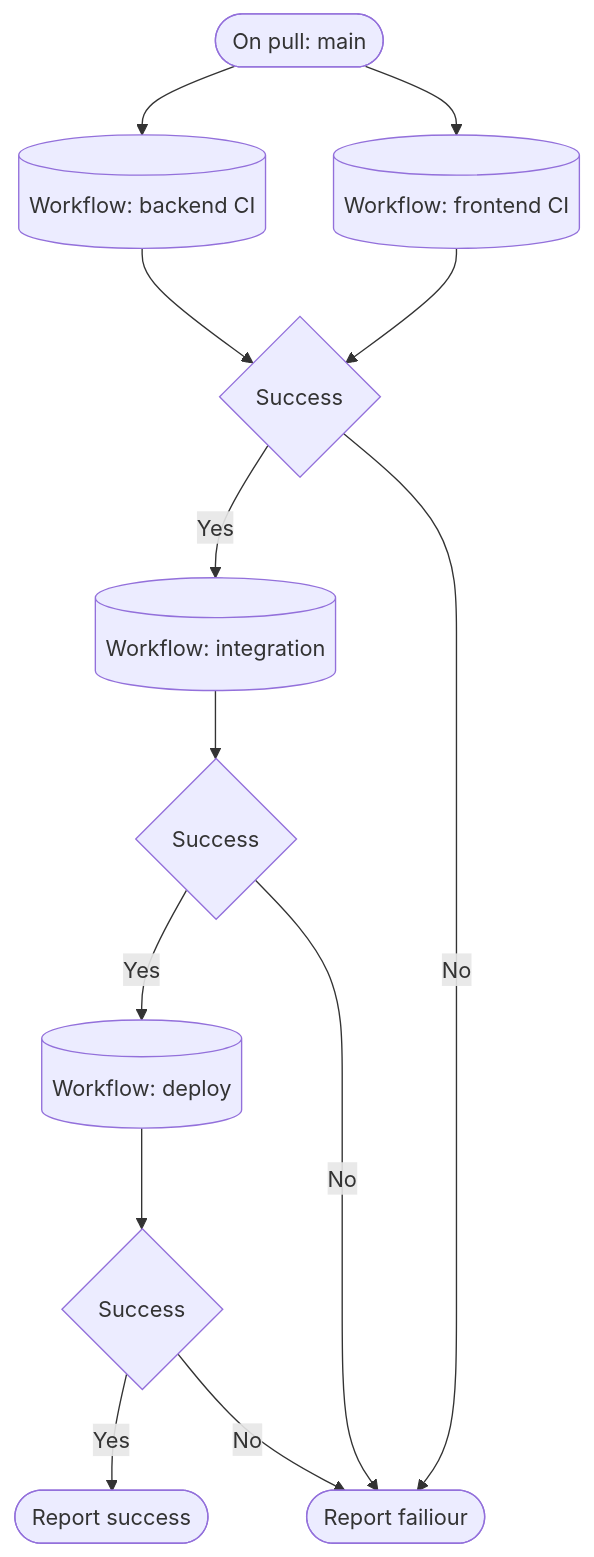
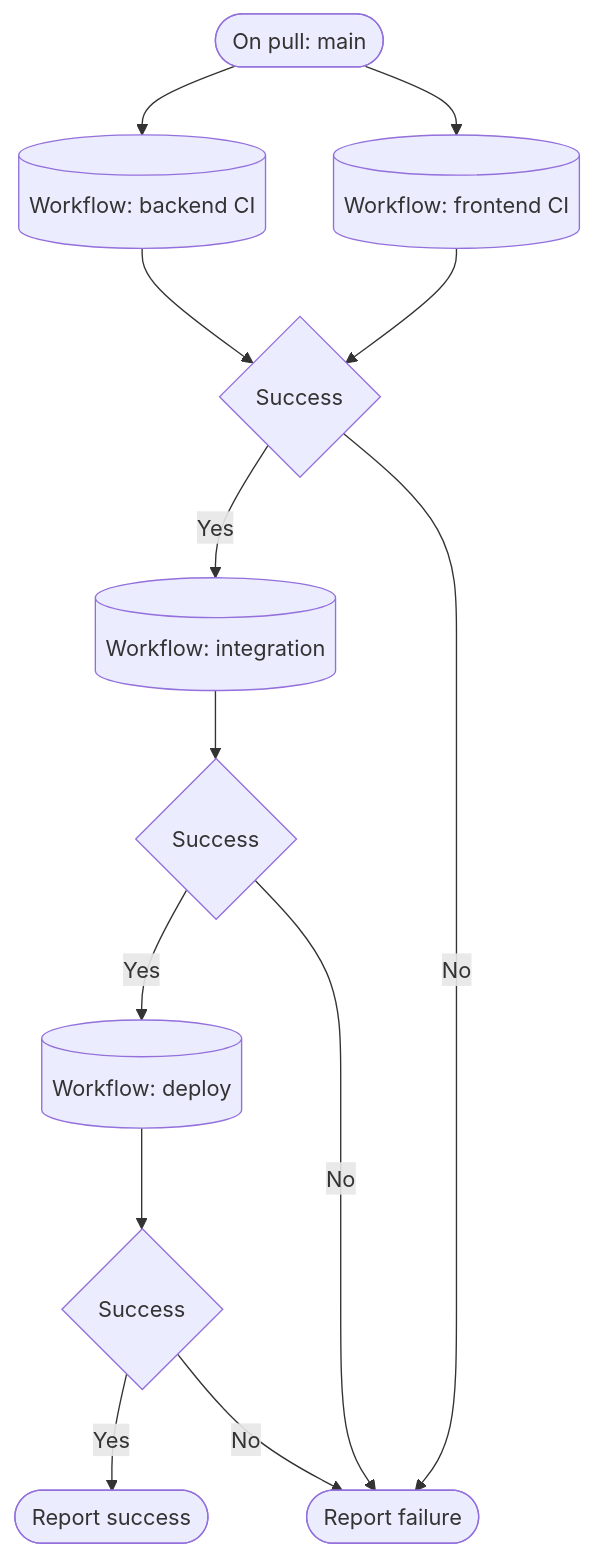
Before and after one commit to COS301-SE-2026/Tyto-PhishShield: the fifth of 5 diagrams in docs/SRS/Software-Architecture-Specification.md, drawn with Mermaid. The commit also changed other lines of this file, not shown here.

````diff
--- a/docs/SRS/Software-Architecture-Specification.md
+++ b/docs/SRS/Software-Architecture-Specification.md
@@ -220,15 +220,15 @@
 ```mermaid
 flowchart TD
     A([On pull: main]) --> B[(Workflow: backend CI)]
     A --> C[(Workflow: frontend CI)]
     C --> D
     B --> D{Success}
     D --> |Yes| E[(Workflow: integration)]
-    D --> |No| H([Report failiour])
+    D --> |No| H([Report failure])
     E --> F{Success}
     F --> |Yes| G[(Workflow: deploy)]
 	G --> I{Success}
 	I --> |Yes| J([Report success])
 	I --> |No| H
     F --> |No| H
 ```
````
